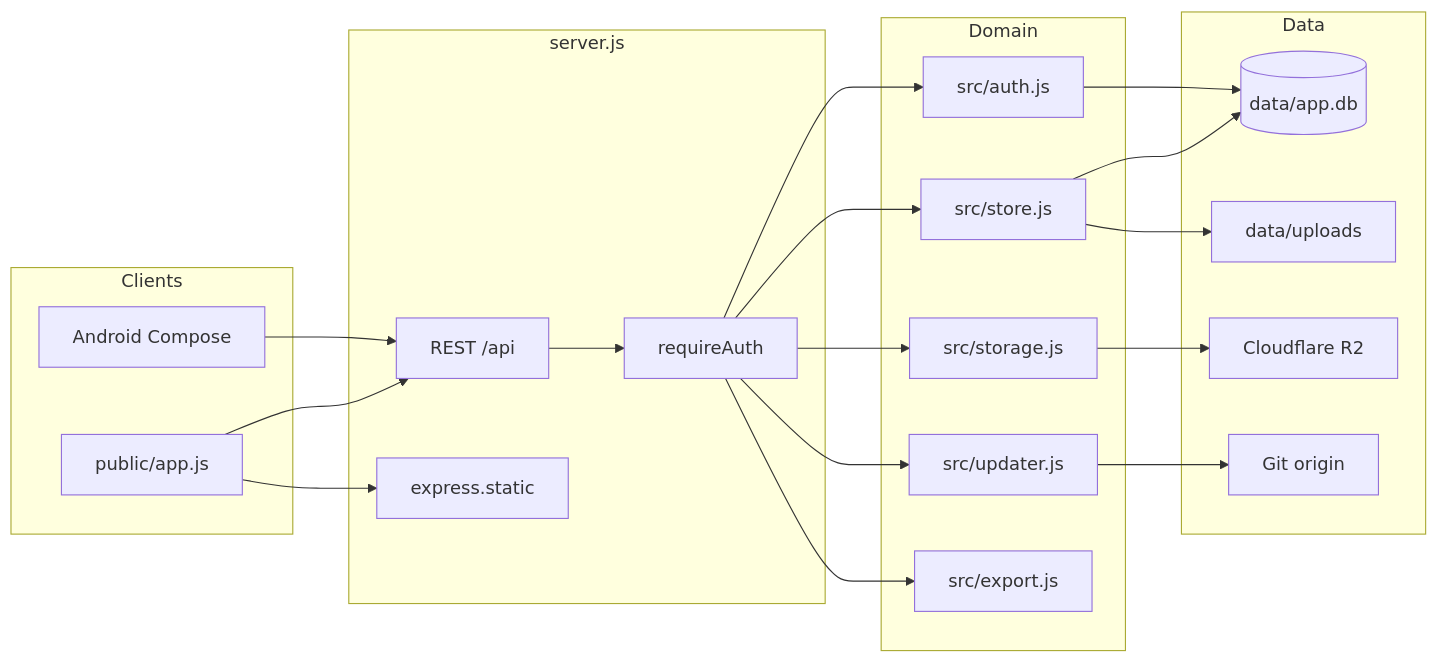
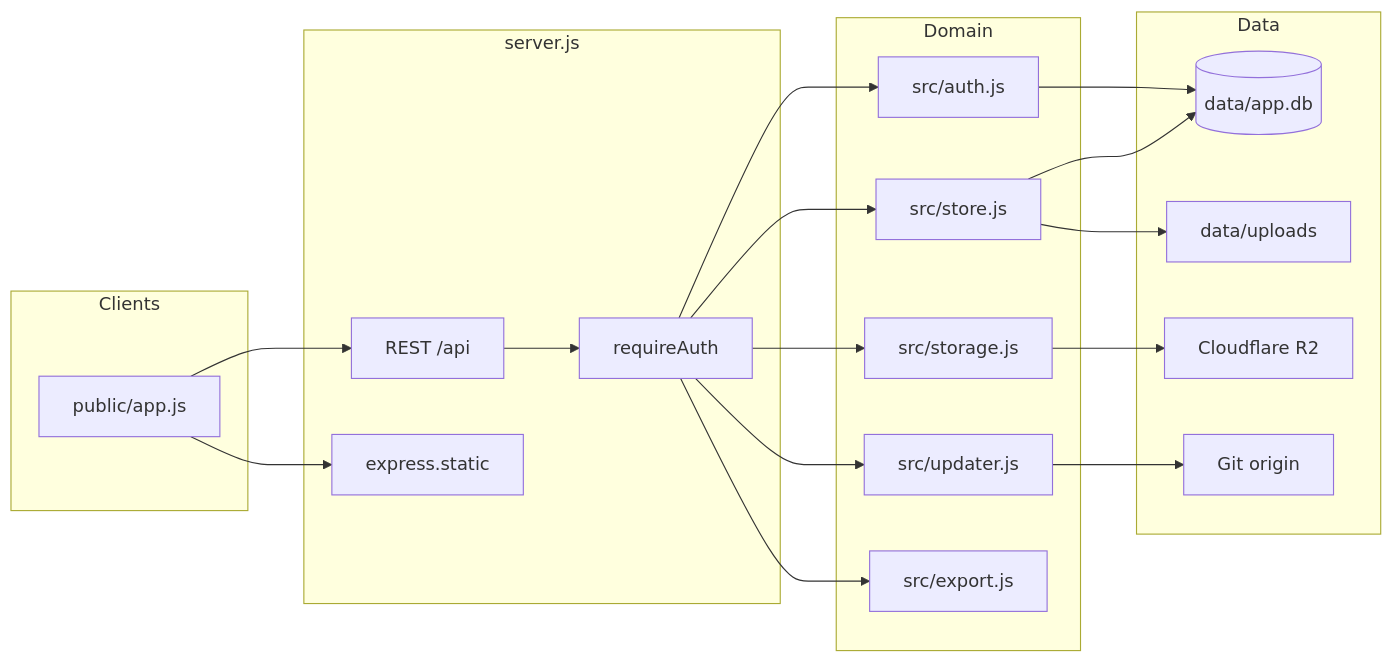
One commit to 198748052/task-panel changed the first of 2 diagrams in .monkeycode/docs/ARCHITECTURE.md. Above: the diagram before and after it, drawn with Mermaid. The commit also changed other lines of this file and 70 other files, not shown here.

````diff
--- a/.monkeycode/docs/ARCHITECTURE.md
+++ b/.monkeycode/docs/ARCHITECTURE.md
@@ -135,43 +114,41 @@
 ```mermaid
 flowchart LR
     subgraph Clients
         Web["public/app.js"]
-        Android["Android Compose"]
     end
 
     subgraph API["server.js"]
         AuthMW["requireAuth"]
         Routes["REST /api"]
         Static["express.static"]
     end
 
     subgraph Domain
         Store["src/store.js"]
         AuthMod["src/auth.js"]
         Storage["src/storage.js"]
         Updater["src/updater.js"]
         Exporter["src/export.js"]
     end
 
     subgraph Data
         SQLite[("data/app.db")]
         Uploads["data/uploads"]
         R2["Cloudflare R2"]
         GitRepo["Git origin"]
     end
 
     Web --> Routes
     Web --> Static
-    Android --> Routes
     Routes --> AuthMW
     AuthMW --> Store
     AuthMW --> AuthMod
     AuthMW --> Storage
     AuthMW --> Updater
     AuthMW --> Exporter
     Store --> SQLite
     Store --> Uploads
     Storage --> R2
     Updater --> GitRepo
     AuthMod --> SQLite
 ```
````
